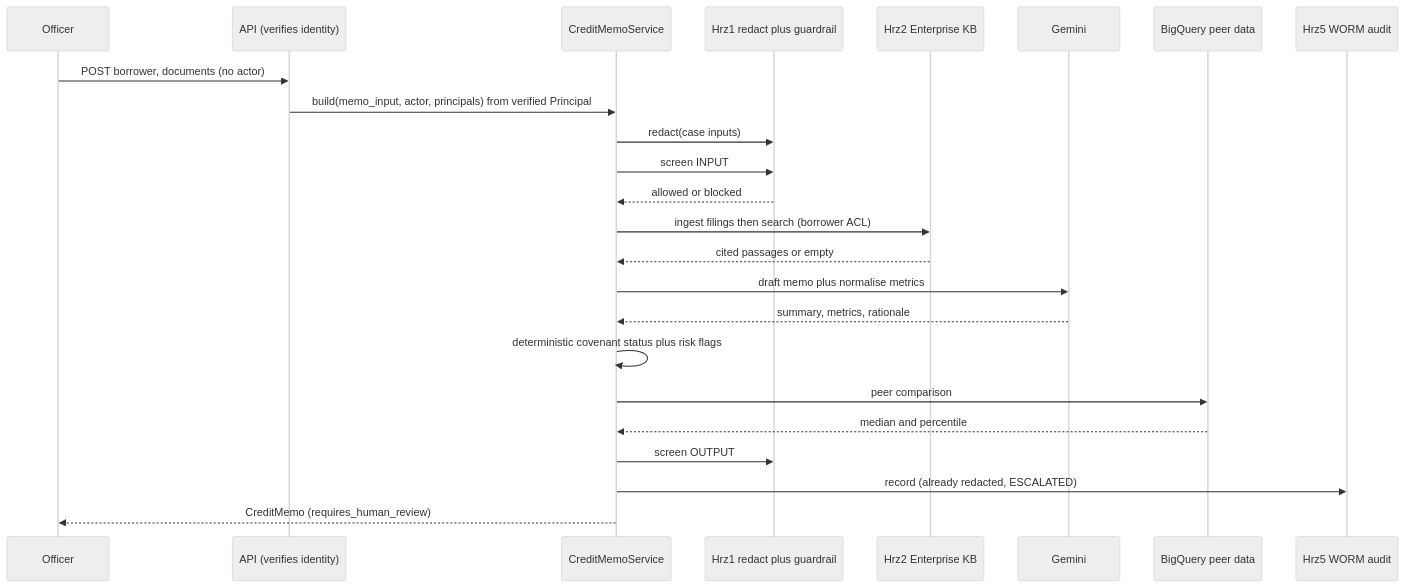
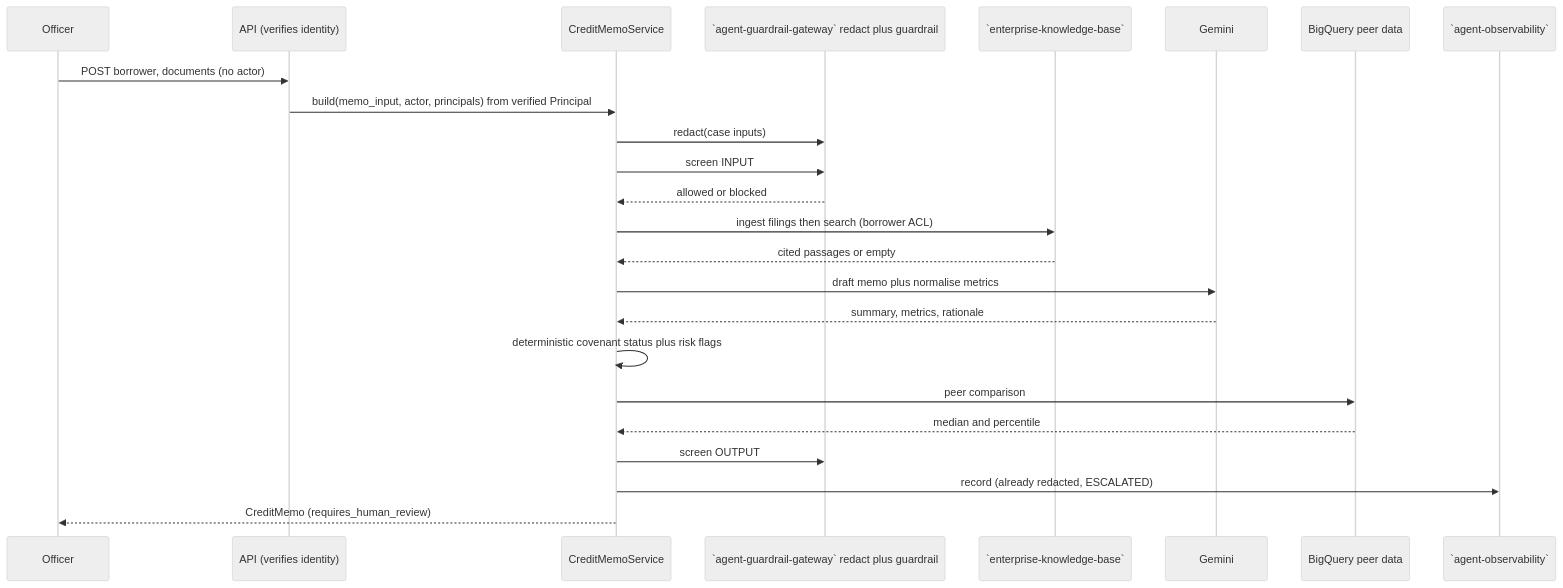
Before and after one commit to portable-genai/credit-memo-drafting: the second of 3 diagrams in ARCHITECTURE.md, drawn with Mermaid (neutral theme). The commit also changed other lines of this file and 38 other files, not shown here.

````diff
--- a/ARCHITECTURE.md
+++ b/ARCHITECTURE.md
@@ -57,26 +57,26 @@
 ```mermaid
 sequenceDiagram
   participant Officer
   participant API as API (verifies identity)
   participant Service as CreditMemoService
-  participant Safety as Hrz1 redact plus guardrail
-  participant KB as Hrz2 Enterprise KB
+  participant Safety as `agent-guardrail-gateway` redact plus guardrail
+  participant KB as `enterprise-knowledge-base`
   participant LLM as Gemini
   participant Peer as BigQuery peer data
-  participant Audit as Hrz5 WORM audit
+  participant Audit as `agent-observability`
   Officer->>API: POST borrower, documents (no actor)
   API->>Service: build(memo_input, actor, principals) from verified Principal
   Service->>Safety: redact(case inputs)
   Service->>Safety: screen INPUT
   Safety-->>Service: allowed or blocked
   Service->>KB: ingest filings then search (borrower ACL)
   KB-->>Service: cited passages or empty
   Service->>LLM: draft memo plus normalise metrics
   LLM-->>Service: summary, metrics, rationale
   Service->>Service: deterministic covenant status plus risk flags
   Service->>Peer: peer comparison
   Peer-->>Service: median and percentile
   Service->>Safety: screen OUTPUT
   Service->>Audit: record (already redacted, ESCALATED)
   Service-->>Officer: CreditMemo (requires_human_review)
 ```
````
